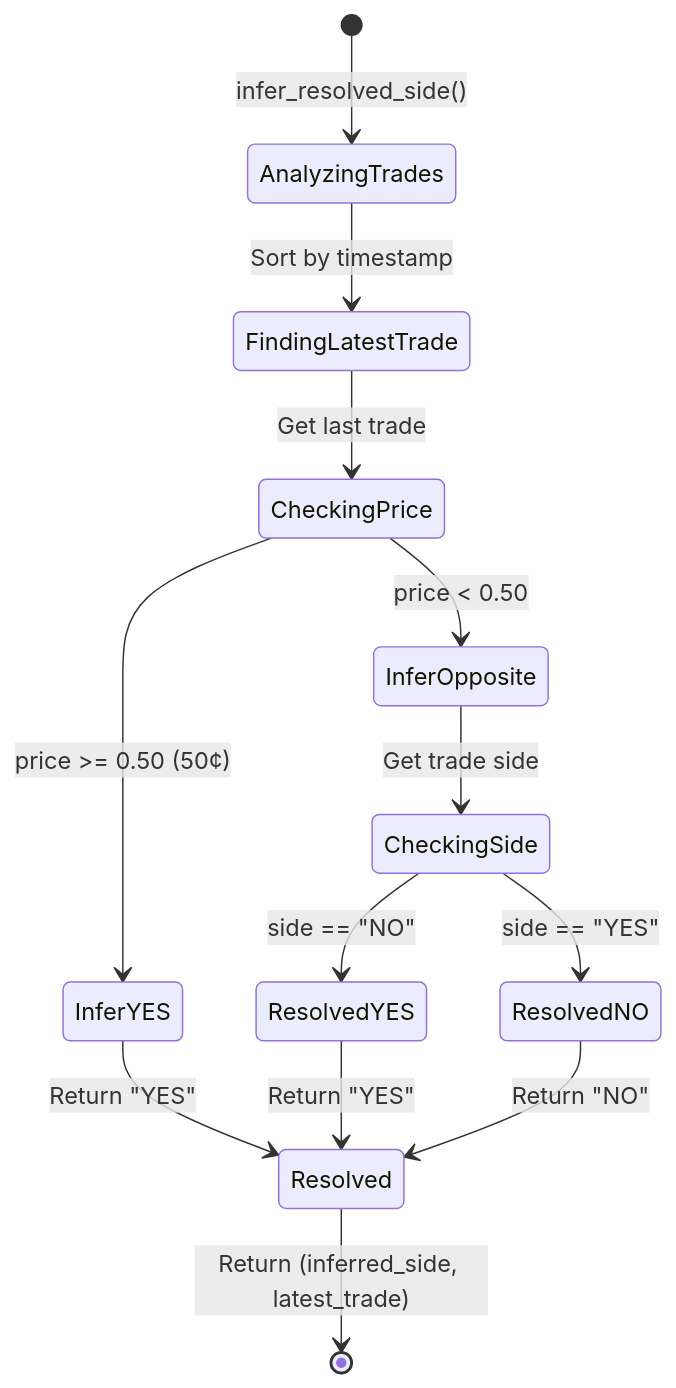
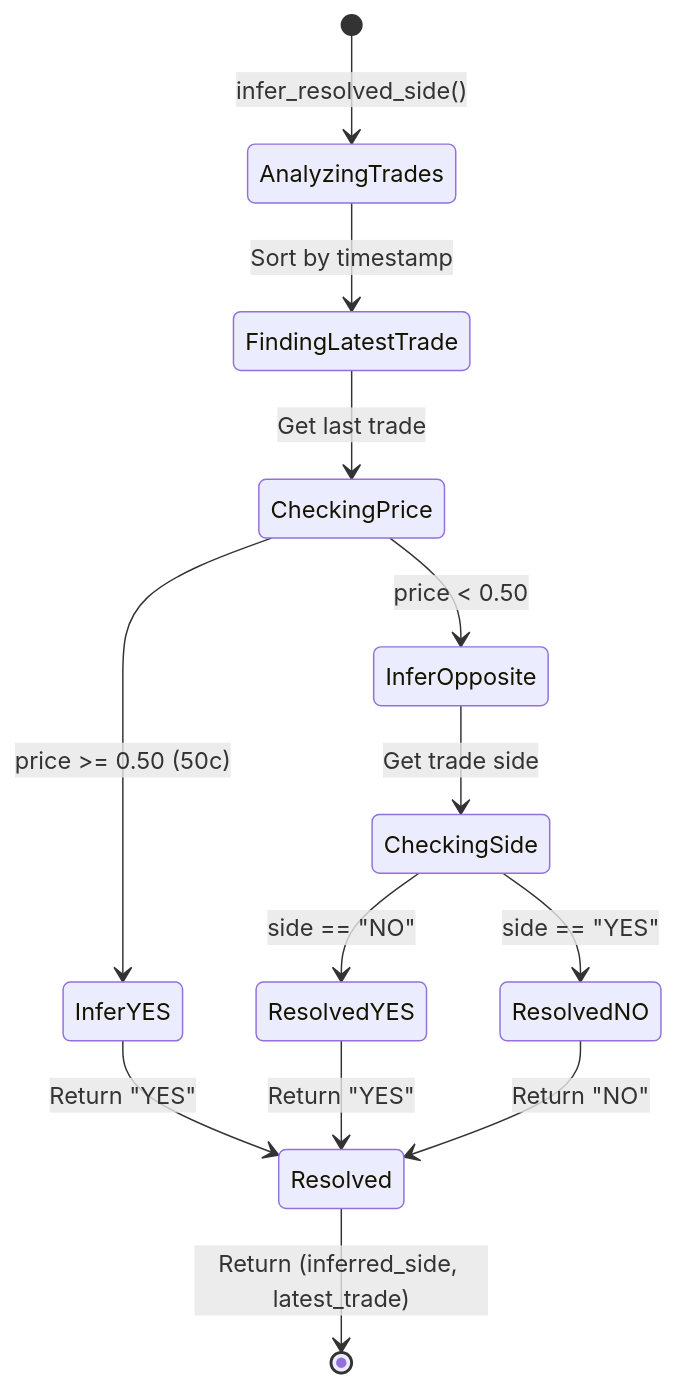
One commit to Frostbite1536/Prediction_Analyzer changed the ninth of 13 diagrams in docs/STATE_MACHINE_DIAGRAMS.md. Above: the diagram before and after it, drawn with Mermaid. The commit also changed other lines of this file and 6 other files, not shown here.

````diff
--- a/docs/STATE_MACHINE_DIAGRAMS.md
+++ b/docs/STATE_MACHINE_DIAGRAMS.md
@@ -383,22 +464,22 @@
 ```mermaid
 stateDiagram-v2
     [*] --> AnalyzingTrades: infer_resolved_side()
 
     AnalyzingTrades --> FindingLatestTrade: Sort by timestamp
 
     FindingLatestTrade --> CheckingPrice: Get last trade
 
-    CheckingPrice --> InferYES: price >= 0.50 (50¢)
+    CheckingPrice --> InferYES: price >= 0.50 (50c)
     CheckingPrice --> InferOpposite: price < 0.50
 
     InferYES --> Resolved: Return "YES"
 
     InferOpposite --> CheckingSide: Get trade side
     CheckingSide --> ResolvedNO: side == "YES"
     CheckingSide --> ResolvedYES: side == "NO"
 
     ResolvedYES --> Resolved: Return "YES"
     ResolvedNO --> Resolved: Return "NO"
 
     Resolved --> [*]: Return (inferred_side, latest_trade)
 ```
````
